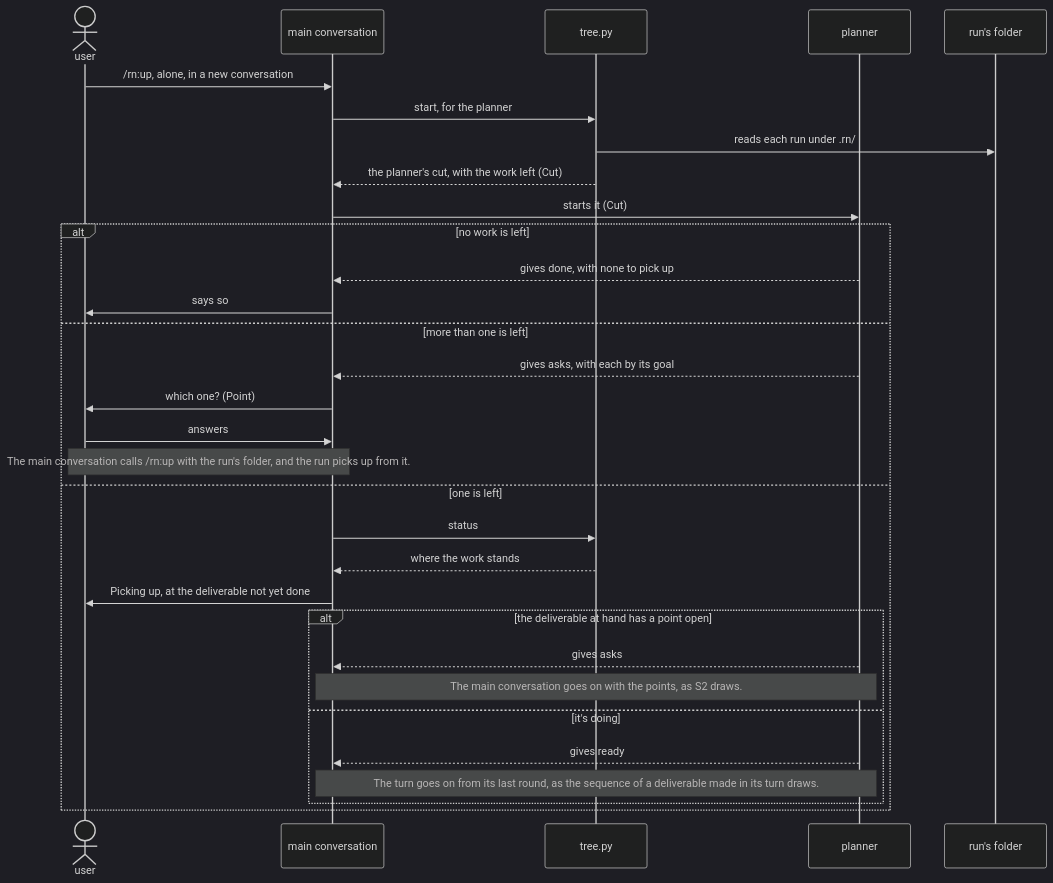
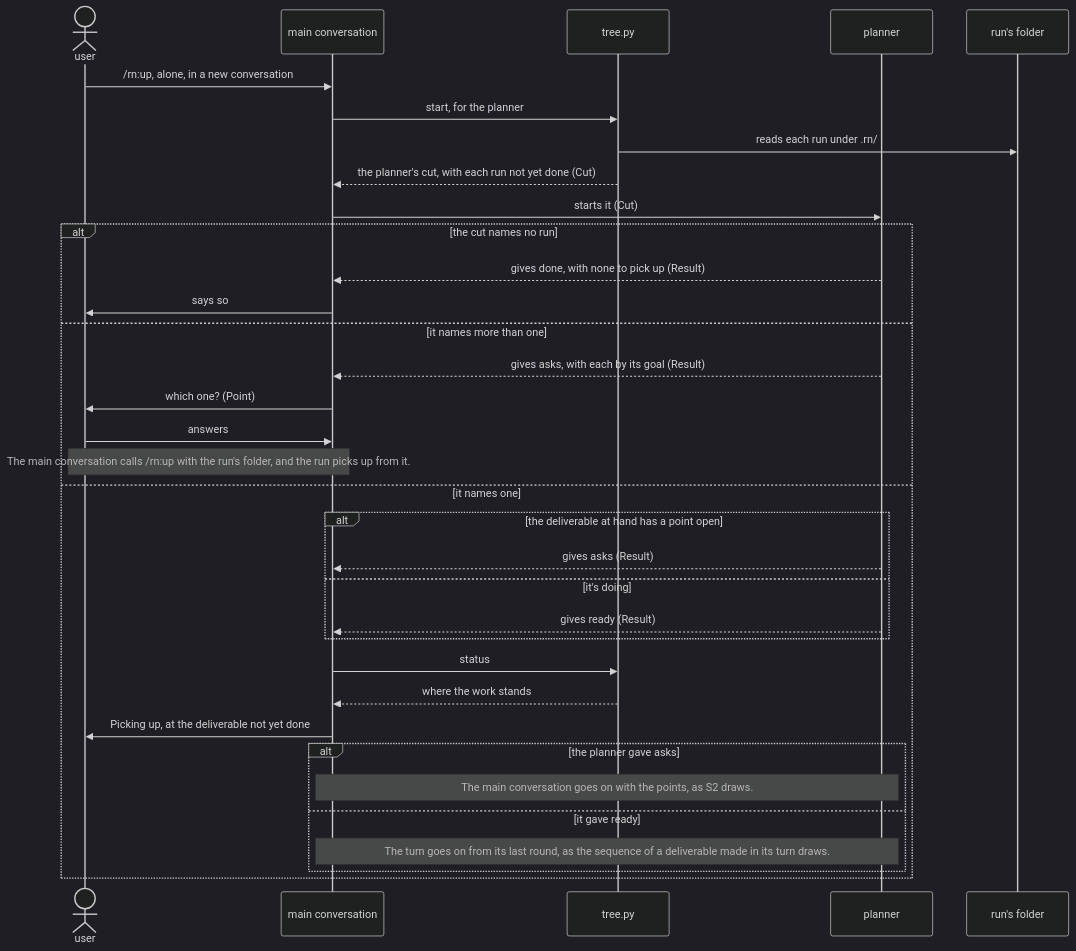
Before and after one commit to lovaizu/ccpm: the fifth of 6 diagrams in dev/rn/architecture.md, drawn with Mermaid (dark theme). The commit also changed other lines of this file and 5 other files, not shown here.

````diff
--- a/dev/rn/architecture.md
+++ b/dev/rn/architecture.md
@@ -565,33 +594,36 @@
 ```mermaid
 sequenceDiagram
   actor U as user
   participant M as main conversation
   participant T as tree.py
   participant P as planner
   participant R as run's folder
   U->>M: /rn:up, alone, in a new conversation
   M->>T: start, for the planner
   T->>R: reads each run under .rn/
-  T-->>M: the planner's cut, with the work left (Cut)
+  T-->>M: the planner's cut, with each run not yet done (Cut)
   M->>P: starts it (Cut)
-  alt no work is left
-    P-->>M: gives done, with none to pick up
+  alt the cut names no run
+    P-->>M: gives done, with none to pick up (Result)
     M->>U: says so
-  else more than one is left
-    P-->>M: gives asks, with each by its goal
+  else it names more than one
+    P-->>M: gives asks, with each by its goal (Result)
     M->>U: which one? (Point)
     U->>M: answers
     Note over U,M: The main conversation calls /rn:up with the run's folder, and the run picks up from it.
-  else one is left
+  else it names one
+    alt the deliverable at hand has a point open
+      P-->>M: gives asks (Result)
+    else it's doing
+      P-->>M: gives ready (Result)
+    end
     M->>T: status
     T-->>M: where the work stands
     M->>U: Picking up, at the deliverable not yet done
-    alt the deliverable at hand has a point open
-      P-->>M: gives asks
+    alt the planner gave asks
       Note over M,P: The main conversation goes on with the points, as S2 draws.
-    else it's doing
-      P-->>M: gives ready
+    else it gave ready
       Note over M,P: The turn goes on from its last round, as the sequence of a deliverable made in its turn draws.
     end
   end
 ```
````
